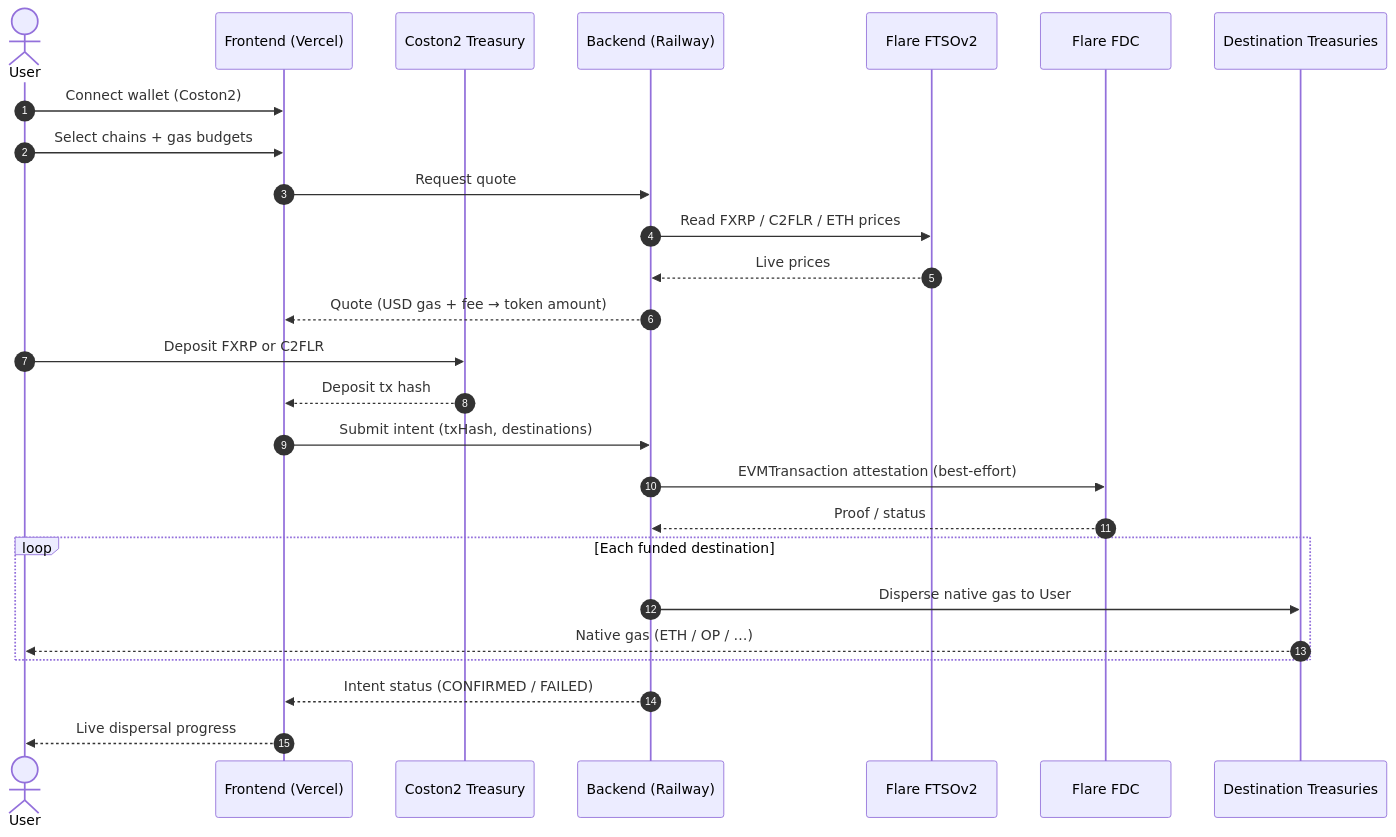
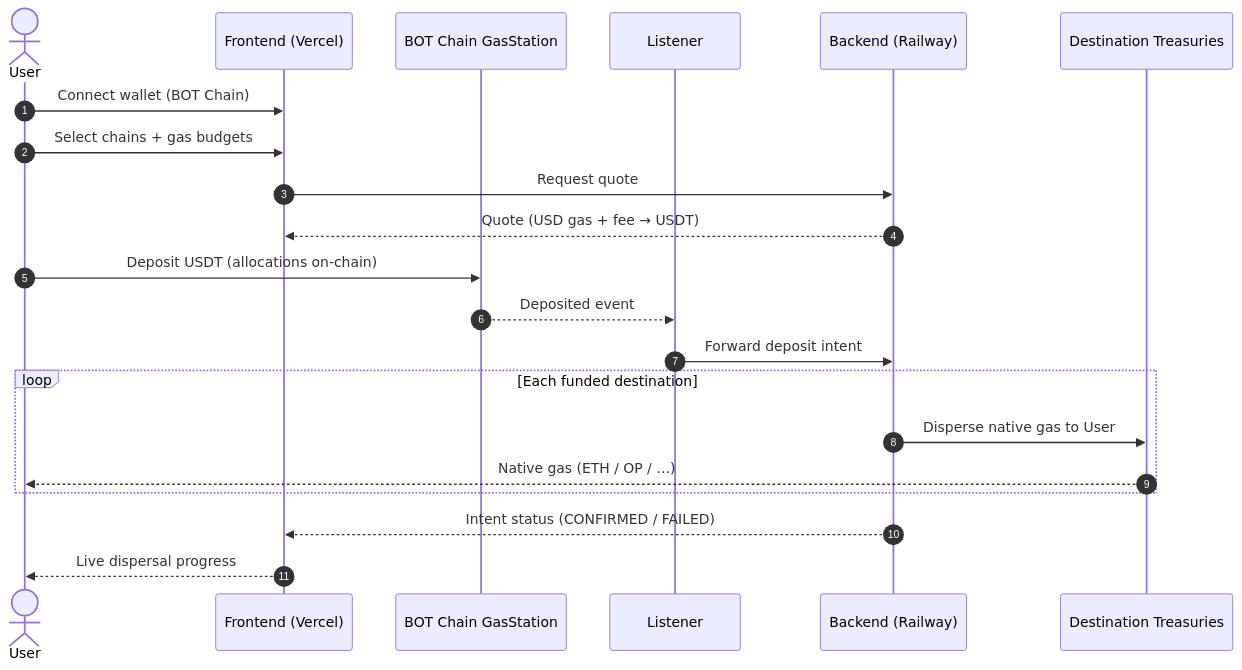
One commit to AmaanSayyad/Gasprovider-B changed the first of 3 diagrams in README.md. Above: the diagram before and after it, drawn with Mermaid. The commit also changed other lines of this file, not shown here.

First line of the commit message:
docs: rewrite README around BOT Chain as the source chain

````diff
--- a/README.md
+++ b/README.md
@@ -35,33 +47,27 @@
 ```mermaid
 sequenceDiagram
     autonumber
     actor User
     participant UI as Frontend (Vercel)
-    participant C2 as Coston2 Treasury
+    participant BOT as BOT Chain GasStation
+    participant Idx as Listener
     participant API as Backend (Railway)
-    participant FTSO as Flare FTSOv2
-    participant FDC as Flare FDC
     participant Dest as Destination Treasuries
 
-    User->>UI: Connect wallet (Coston2)
+    User->>UI: Connect wallet (BOT Chain)
     User->>UI: Select chains + gas budgets
     UI->>API: Request quote
-    API->>FTSO: Read FXRP / C2FLR / ETH prices
-    FTSO-->>API: Live prices
-    API-->>UI: Quote (USD gas + fee → token amount)
+    API-->>UI: Quote (USD gas + fee → USDT)
 
-    User->>C2: Deposit FXRP or C2FLR
-    C2-->>UI: Deposit tx hash
-    UI->>API: Submit intent (txHash, destinations)
-
-    API->>FDC: EVMTransaction attestation (best-effort)
-    FDC-->>API: Proof / status
+    User->>BOT: Deposit USDT (allocations on-chain)
+    BOT-->>Idx: Deposited event
+    Idx->>API: Forward deposit intent
 
     loop Each funded destination
         API->>Dest: Disperse native gas to User
         Dest-->>User: Native gas (ETH / OP / …)
     end
 
     API-->>UI: Intent status (CONFIRMED / FAILED)
     UI-->>User: Live dispersal progress
 ```
````
